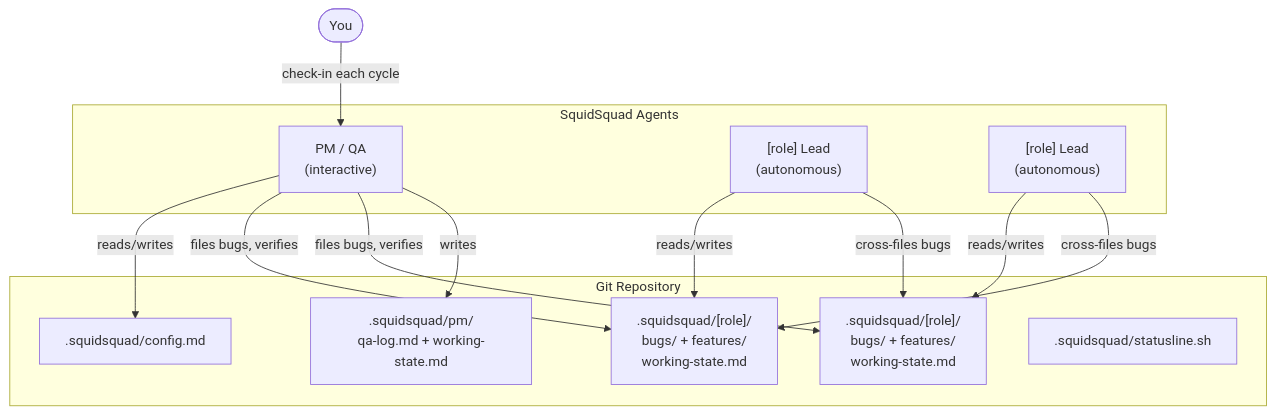
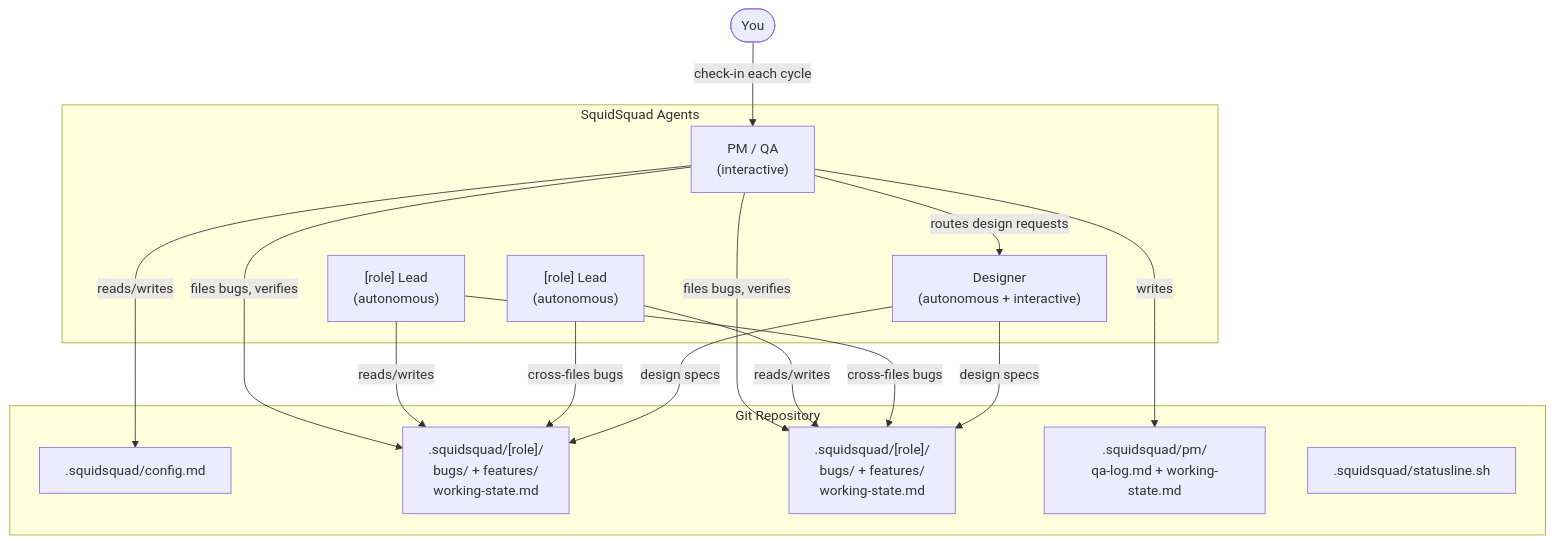
The second of 2 diagrams in README.md (WallyDoodlez/SquidSquad), drawn with Mermaid before and after one commit. The commit also changed other lines of this file and 5 other files, not shown here.

````diff
--- a/README.md
+++ b/README.md
@@ -72,28 +74,32 @@
 ```mermaid
 graph TD
     H(["You"])
 
     subgraph squad["SquidSquad Agents"]
         PM["PM / QA\n(interactive)"]
         R1["[role] Lead\n(autonomous)"]
         R2["[role] Lead\n(autonomous)"]
+        DS["Designer\n(autonomous + interactive)"]
     end
 
     subgraph repo["Git Repository"]
         CFG[".squidsquad/config.md"]
         T1[".squidsquad/[role]/\nbugs/ + features/\nworking-state.md"]
         T2[".squidsquad/[role]/\nbugs/ + features/\nworking-state.md"]
         PM_T[".squidsquad/pm/\nqa-log.md + working-state.md"]
         SL[".squidsquad/statusline.sh"]
     end
 
     H -- "check-in each cycle" --> PM
     PM -- reads/writes --> CFG
     PM -- files bugs, verifies --> T1
     PM -- files bugs, verifies --> T2
     PM -- writes --> PM_T
     R1 -- reads/writes --> T1
     R2 -- reads/writes --> T2
     R1 -- cross-files bugs --> T2
     R2 -- cross-files bugs --> T1
+    DS -- "design specs" --> T1
+    DS -- "design specs" --> T2
+    PM -- "routes design requests" --> DS
 ```
````
